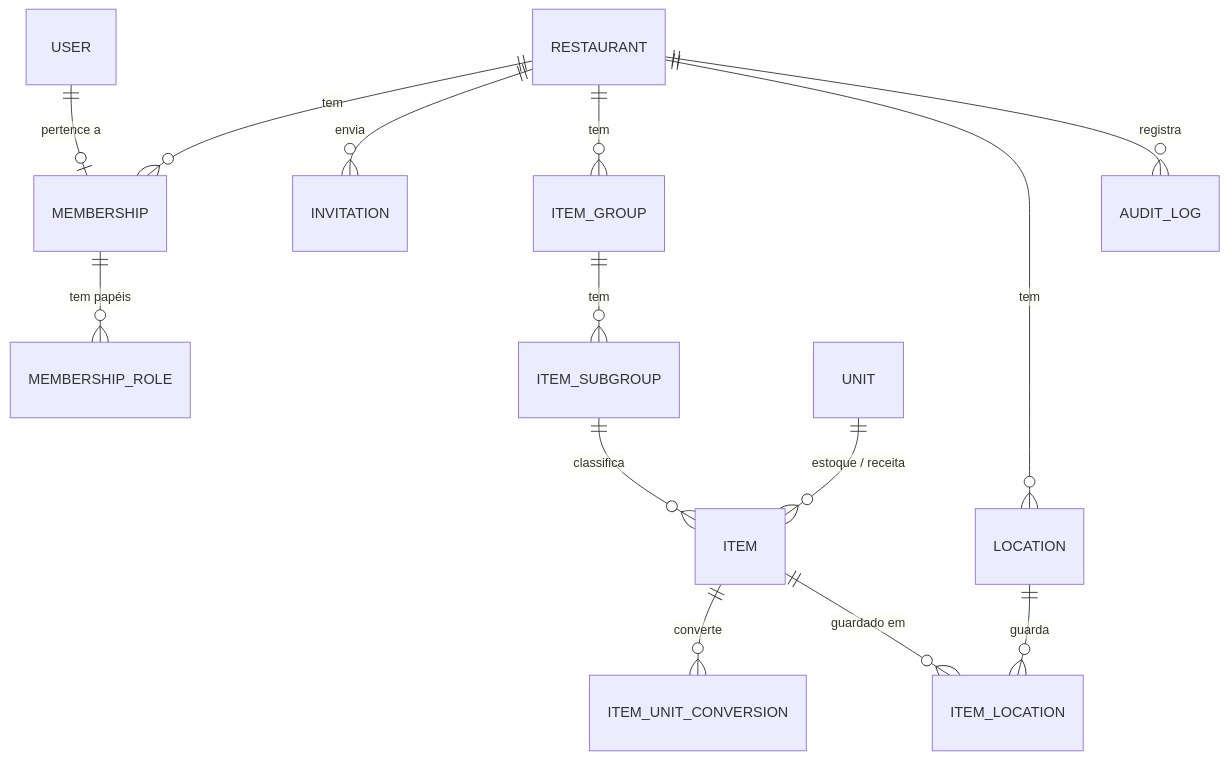
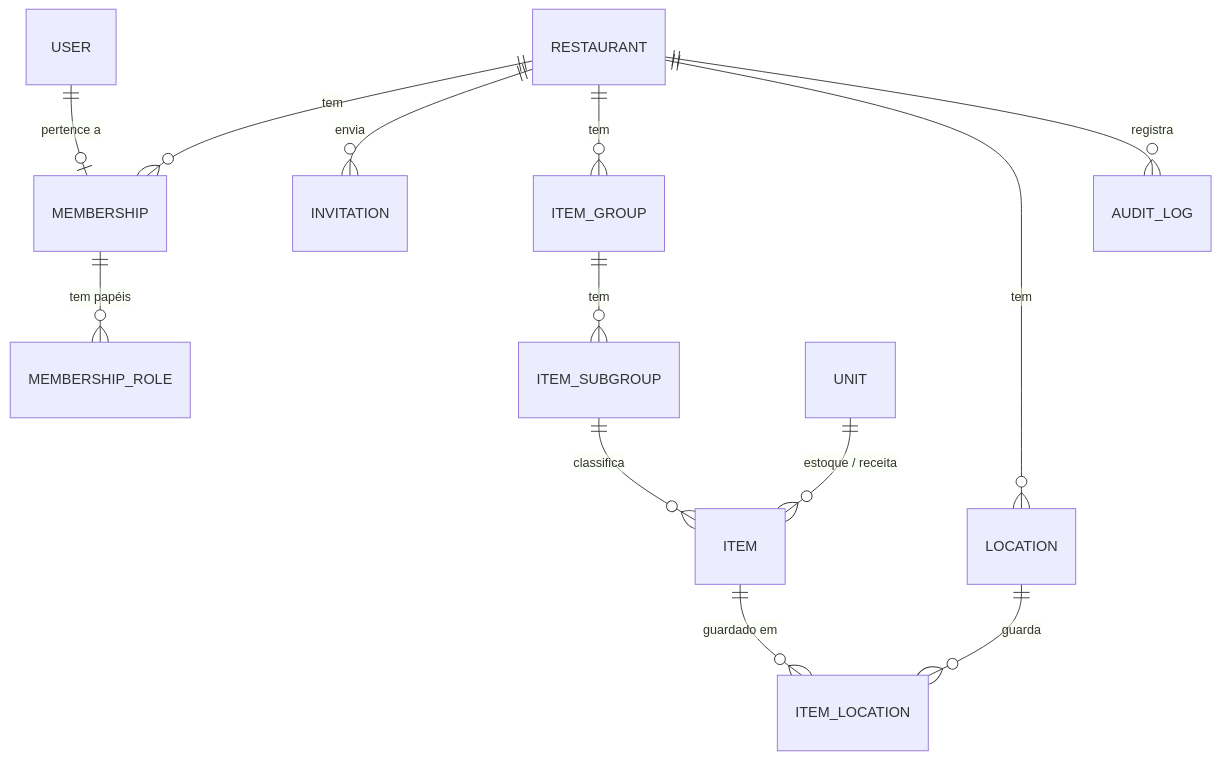
One commit to AdemirSchramm1/Sistema_Restaurante changed the diagram in specs/001-cadastros-base/data-model.md. Above: the diagram before and after it, drawn with Mermaid. The commit also changed other lines of this file and 22 other files, not shown here.

````diff
--- a/specs/001-cadastros-base/data-model.md
+++ b/specs/001-cadastros-base/data-model.md
@@ -13,16 +18,15 @@
 ```mermaid
 erDiagram
   RESTAURANT ||--o{ MEMBERSHIP : tem
   USER ||--o| MEMBERSHIP : "pertence a"
   MEMBERSHIP ||--o{ MEMBERSHIP_ROLE : "tem papéis"
   RESTAURANT ||--o{ INVITATION : envia
   RESTAURANT ||--o{ ITEM_GROUP : tem
   ITEM_GROUP ||--o{ ITEM_SUBGROUP : tem
   ITEM_SUBGROUP ||--o{ ITEM : classifica
   UNIT ||--o{ ITEM : "estoque / receita"
-  ITEM ||--o{ ITEM_UNIT_CONVERSION : converte
   ITEM ||--o{ ITEM_LOCATION : "guardado em"
   LOCATION ||--o{ ITEM_LOCATION : guarda
   RESTAURANT ||--o{ LOCATION : tem
   RESTAURANT ||--o{ AUDIT_LOG : registra
 ```
````
